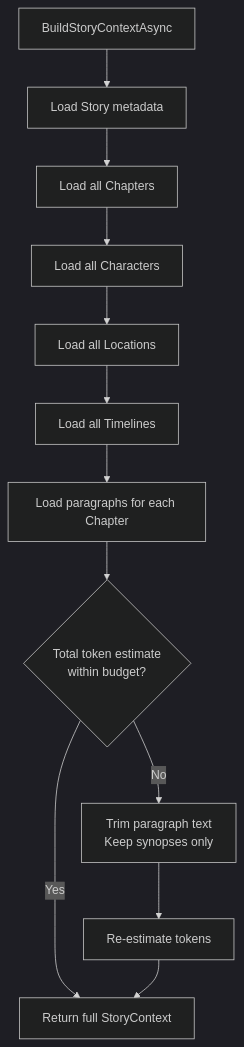
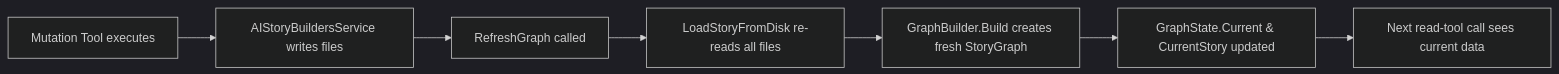
The tenth of 16 diagrams in docs/chat-tab-implementation-plan.md (AIStoryBuilders/AIStoryBuilders), drawn with Mermaid (dark theme) before and after one commit. The commit also changed other lines of this file and 1 other file, not shown here.

First line of the commit message:
Rewrite chat tab implementation plan for tool-calling AI

````diff
--- a/docs/chat-tab-implementation-plan.md
+++ b/docs/chat-tab-implementation-plan.md
@@ -371,14 +1760,9 @@
 ```mermaid
-flowchart TD
-    A[BuildStoryContextAsync] --> B[Load Story metadata]
-    B --> C[Load all Chapters]
-    C --> D[Load all Characters]
-    D --> E[Load all Locations]
-    E --> F[Load all Timelines]
-    F --> G[Load paragraphs for each Chapter]
-    G --> H{Total token estimate<br/>within budget?}
-    H -- Yes --> I[Return full StoryContext]
-    H -- No --> J[Trim paragraph text<br/>Keep synopses only]
-    J --> K[Re-estimate tokens]
-    K --> I
+flowchart LR
+    A[Mutation Tool executes] --> B[AIStoryBuildersService writes files]
+    B --> C[RefreshGraph called]
+    C --> D[LoadStoryFromDisk re-reads all files]
+    D --> E[GraphBuilder.Build creates fresh StoryGraph]
+    E --> F[GraphState.Current & CurrentStory updated]
+    F --> G[Next read-tool call sees current data]
 ```
````
